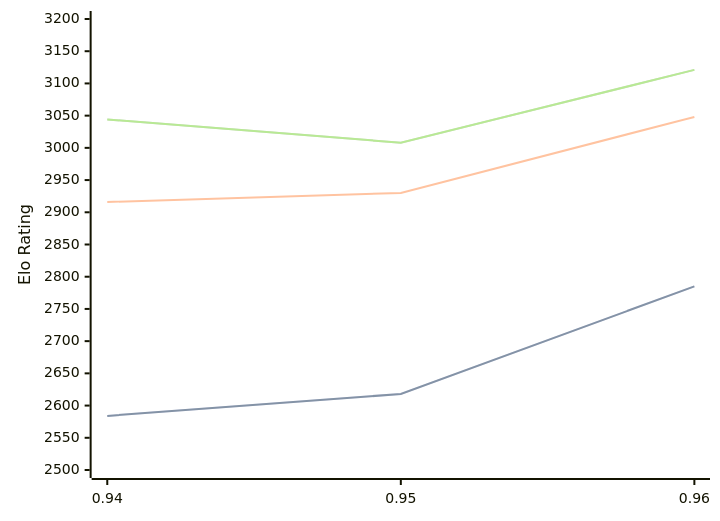
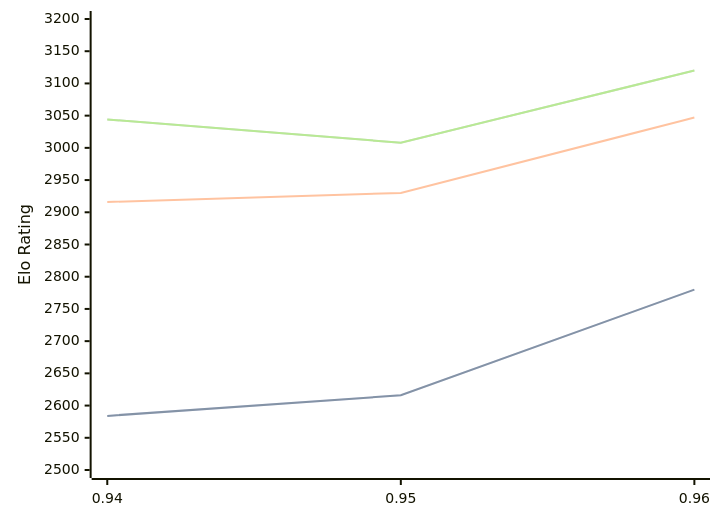
One commit to computer-chess-index/cci changed the third of 3 diagrams in engines/Myrddin.md. Above: the diagram before and after it, drawn with Mermaid. The commit also changed other lines of this file, not shown here.

Commit message:
Update CCI Ratings (ELO VLTC) - 2026-06-17

````diff
--- a/engines/Myrddin.md
+++ b/engines/Myrddin.md
@@ -71,11 +71,11 @@
 ```mermaid
 %%{init: {"theme":"base","themeVariables":{"seriesColors:['#a3a3a3','#222221','#faa371']}}}%%
 xychart-beta
   x-axis ["0.94", "0.95", "0.96"]
   y-axis "Elo Rating" 2500 --> 3200
-  line "STC (8.0+0.08s)" [2584, 2618, 2785]
-  line "STC (8.0+0.08s)" [2584, 2618, 2785]
-  line "LTC (60.0+0.60s)" [2916, 2930, 3048]
-  line "VLTC (2m24s+1.12s)" [3044, 3008, 3121]
-  line "VLTC (2m24s+1.12s)" [3044, 3008, 3121]
+  line "STC (8.0+0.08s)" [2584, 2616, 2780]
+  line "STC (8.0+0.08s)" [2584, 2616, 2780]
+  line "LTC (60.0+0.60s)" [2916, 2930, 3047]
+  line "VLTC (2m24s+1.12s)" [3044, 3008, 3120]
+  line "VLTC (2m24s+1.12s)" [3044, 3008, 3120]
 ```
````
